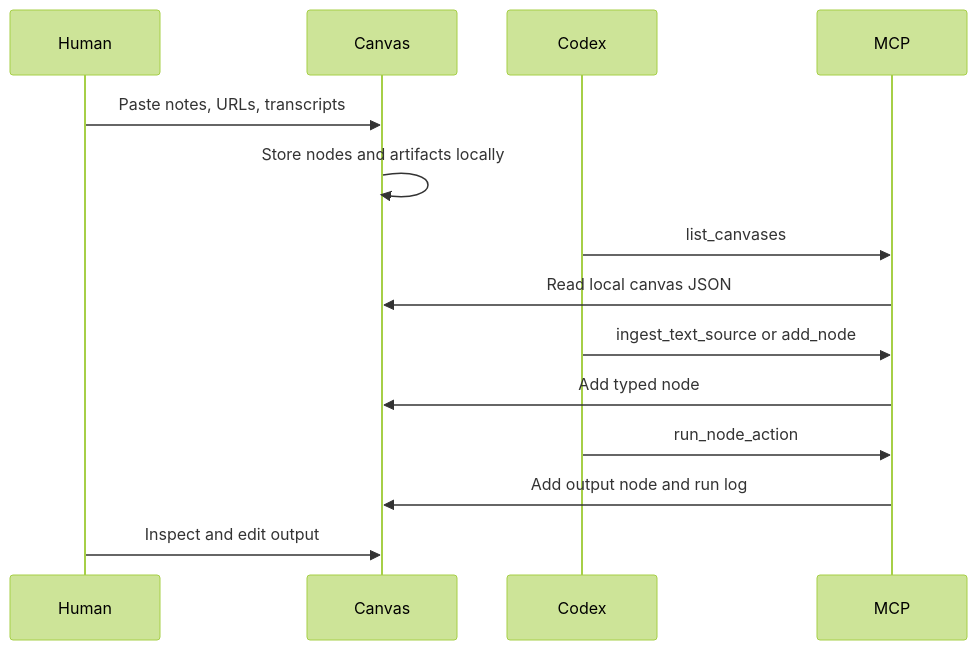
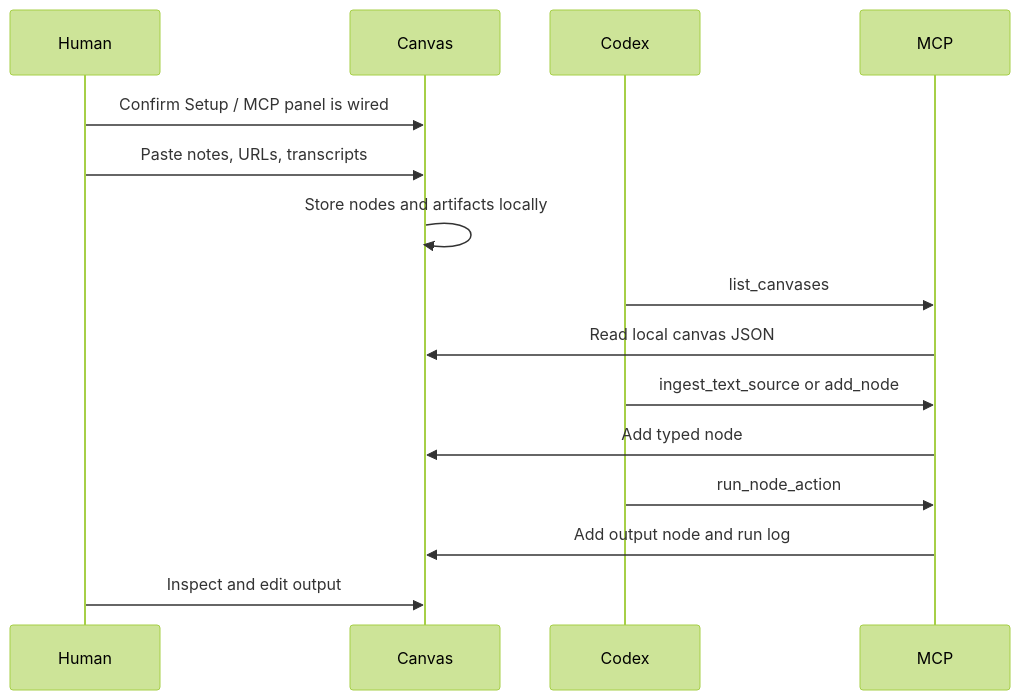
The second of 2 diagrams in docs/user-flows.md (frankxai/starlight-agent-canvas), drawn with Mermaid (forest theme) before and after one commit. The commit also changed other lines of this file and 10 other files, not shown here.

Commit message:
feat: surface setup and mcp status in app

````diff
--- a/docs/user-flows.md
+++ b/docs/user-flows.md
@@ -50,17 +50,18 @@
 ```mermaid
 sequenceDiagram
   participant Human
   participant Canvas
   participant Codex
   participant MCP
 
+  Human->>Canvas: Confirm Setup / MCP panel is wired
   Human->>Canvas: Paste notes, URLs, transcripts
   Canvas->>Canvas: Store nodes and artifacts locally
   Codex->>MCP: list_canvases
   MCP->>Canvas: Read local canvas JSON
   Codex->>MCP: ingest_text_source or add_node
   MCP->>Canvas: Add typed node
   Codex->>MCP: run_node_action
   MCP->>Canvas: Add output node and run log
   Human->>Canvas: Inspect and edit output
 ```
````
